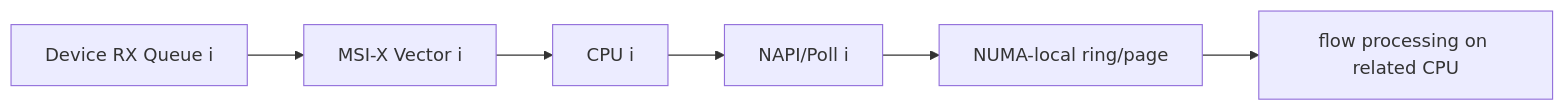
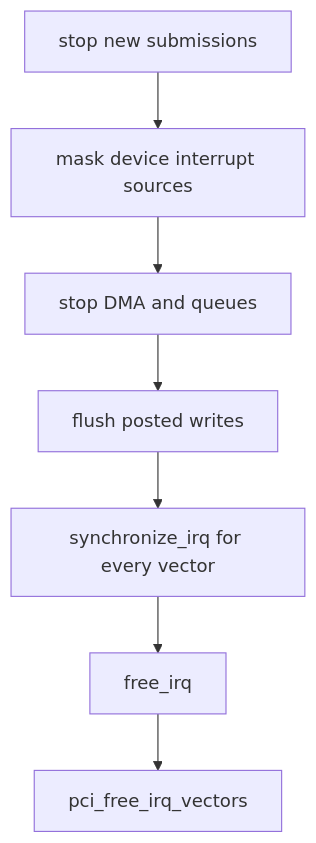
One commit to cdragon-ljl/EEandEdgeAI changed the fourth of 4 diagrams in docs/articles/pcie/pci-07-intx-msi-msix-threaded-irq.md. Above: the diagram before and after it, drawn with Mermaid. The commit also changed other lines of this file and 4 other files, not shown here.

Commit message:
docs: rebuild PCIe interrupt and DMA path

````diff
--- a/docs/articles/pcie/pci-07-intx-msi-msix-threaded-irq.md
+++ b/docs/articles/pcie/pci-07-intx-msi-msix-threaded-irq.md
@@ -239,8 +196,9 @@
 ```mermaid
-flowchart LR
-    RXQ[Device RX Queue i] --> V[MSI-X Vector i]
-    V --> CPU[CPU i]
-    CPU --> NAPI[NAPI/Poll i]
-    NAPI --> MEM[NUMA-local ring/page]
-    MEM --> STACK[flow processing on related CPU]
+flowchart TD
+    STOP[stop new submissions] --> MASK[mask device interrupt sources]
+    MASK --> HALT[stop DMA and queues]
+    HALT --> FLUSH[flush posted writes]
+    FLUSH --> SYNC[synchronize_irq for every vector]
+    SYNC --> FREE[free_irq]
+    FREE --> VEC[pci_free_irq_vectors]
 ```
````
